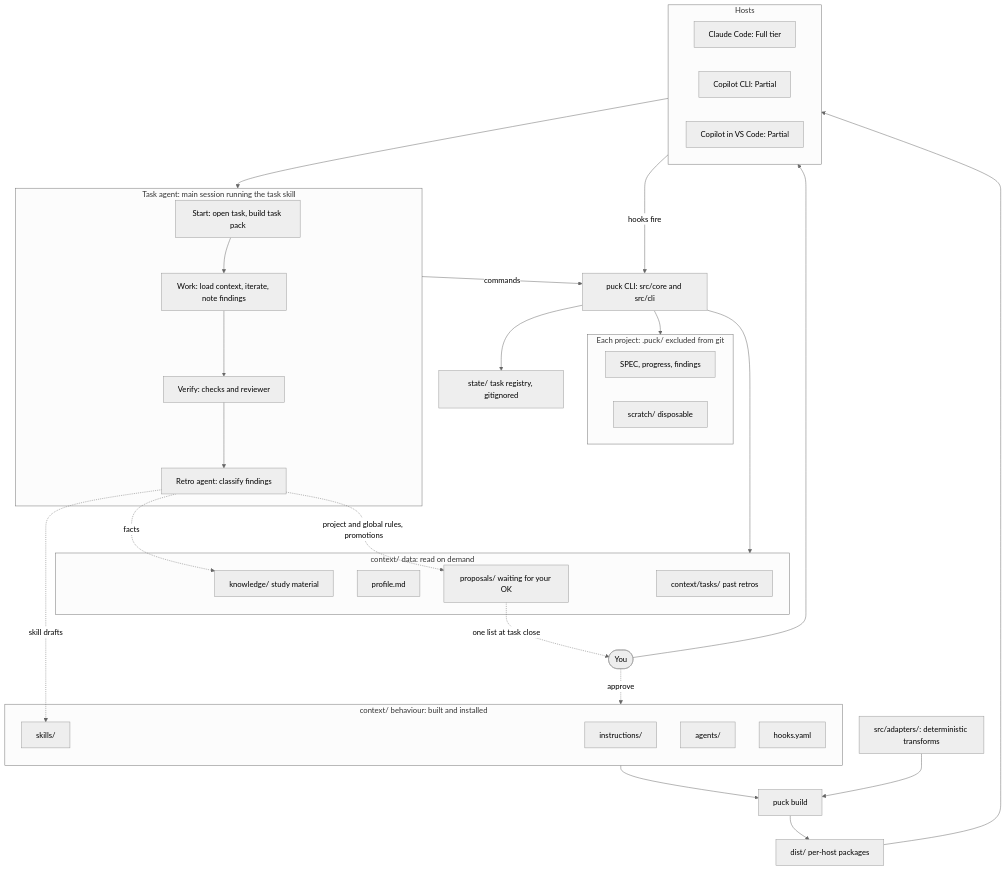
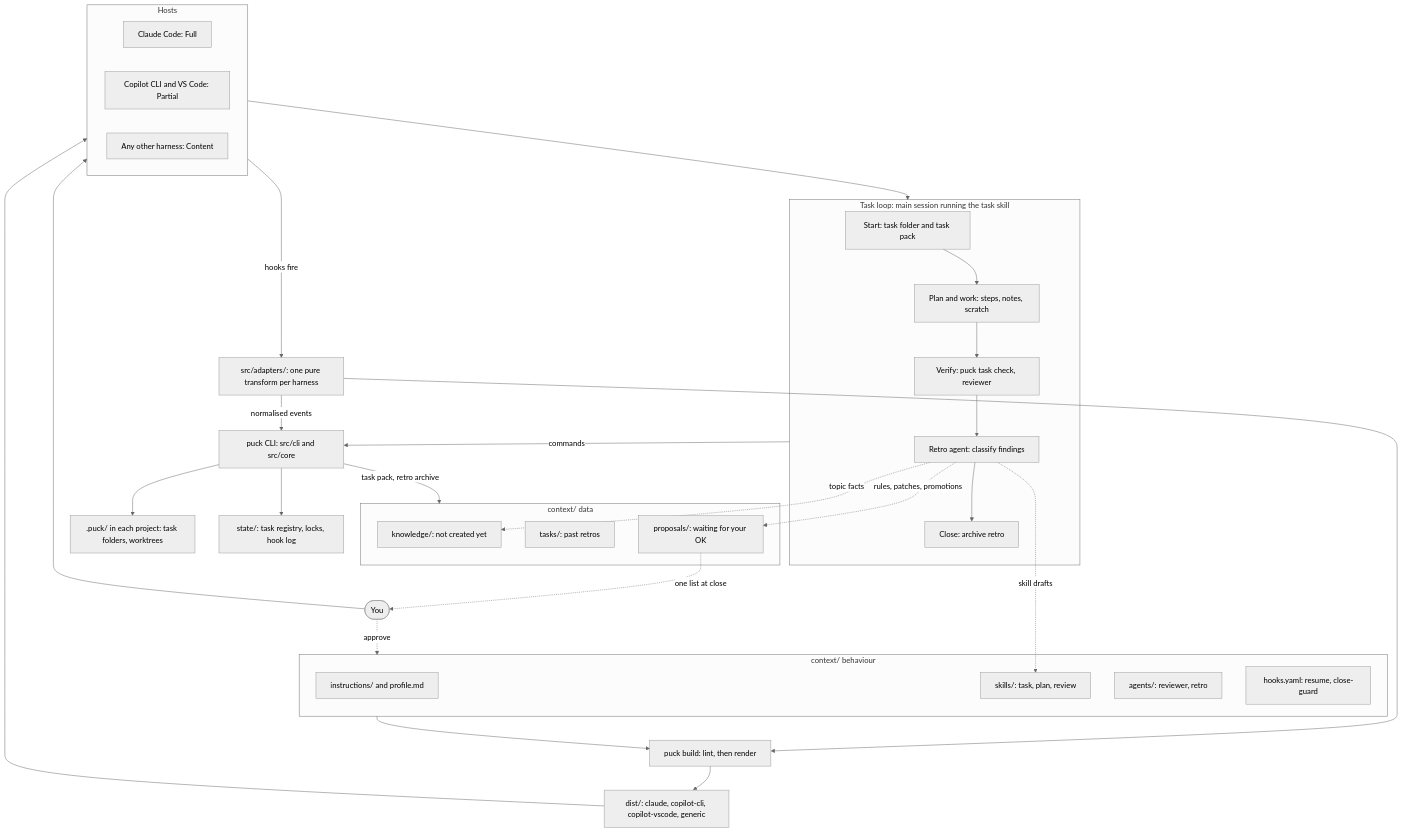
Before and after one commit to DouglasBergamim/puck: the diagram in docs/design.md, drawn with Mermaid (neutral theme). The commit also changed other lines of this file, not shown here.

````diff
--- a/docs/design.md
+++ b/docs/design.md
@@ -42,64 +77,60 @@
 ```mermaid
 flowchart TB
     you(["You"])
 
-    subgraph behaviour["context/ behaviour: built and installed"]
-        instructions["instructions/"]
-        skills["skills/"]
-        agents["agents/"]
-        hooks["hooks.yaml"]
+    subgraph behaviour["context/ behaviour"]
+        rules["instructions/ and profile.md"]
+        skills["skills/: task, plan, review"]
+        agents["agents/: reviewer, retro"]
+        hookrules["hooks.yaml: resume, close-guard"]
     end
 
-    adapters["src/adapters/: deterministic transforms"]
+    adapters["src/adapters/: one pure transform per harness"]
+    build["puck build: lint, then render"]
+    dist["dist/: claude, copilot-cli, copilot-vscode, generic"]
 
-    build["puck build"]
-    dist["dist/ per-host packages"]
-
-    subgraph hostlayer["Hosts"]
-        claude["Claude Code: Full tier"]
-        copilotcli["Copilot CLI: Partial"]
-        vscode["Copilot in VS Code: Partial"]
+    subgraph hosts["Hosts"]
+        claude["Claude Code: Full"]
+        copilot["Copilot CLI and VS Code: Partial"]
+        generic["Any other harness: Content"]
     end
 
-    subgraph runtime["Task agent: main session running the task skill"]
-        start["Start: open task, build task pack"]
-        work["Work: load context, iterate, note findings"]
-        verify["Verify: checks and reviewer"]
+    subgraph loop["Task loop: main session running the task skill"]
+        start["Start: task folder and task pack"]
+        work["Plan and work: steps, notes, scratch"]
+        verify["Verify: puck task check, reviewer"]
         retro["Retro agent: classify findings"]
-        start --> work --> verify --> retro
+        finish["Close: archive retro"]
+        start --> work --> verify --> retro --> finish
     end
 
-    cli["puck CLI: src/core and src/cli"]
+    cli["puck CLI: src/cli and src/core"]
 
-    subgraph project["Each project: .puck/ excluded from git"]
-        taskfiles["SPEC, progress, findings"]
-        scratch["scratch/ disposable"]
+    project[".puck/ in each project: task folders, worktrees"]
+    state["state/: task registry, locks, hook log"]
+
+    subgraph data["context/ data"]
+        knowledge["knowledge/: not created yet"]
+        archive["tasks/: past retros"]
+        proposals["proposals/: waiting for your OK"]
     end
-
-    subgraph data["context/ data: read on demand"]
-        knowledge["knowledge/ study material"]
-        profile["profile.md"]
-        proposals["proposals/ waiting for your OK"]
-        retros["context/tasks/ past retros"]
-    end
-
-    state["state/ task registry, gitignored"]
 
     behaviour --> build
     adapters --> build
     build --> dist
-    dist --> hostlayer
-    you --> hostlayer
-    hostlayer --> runtime
-    hostlayer -- "hooks fire" --> cli
-    runtime -- "commands" --> cli
+    dist --> hosts
+    you --> hosts
+    hosts --> loop
+    hosts -- "hooks fire" --> adapters
+    adapters -- "normalised events" --> cli
+    loop -- "commands" --> cli
     cli --> project
     cli --> state
-    cli --> data
+    cli -- "task pack, retro archive" --> data
 
     retro -. "skill drafts" .-> skills
-    retro -. "facts" .-> knowledge
-    retro -. "project and global rules, promotions" .-> proposals
-    proposals -. "one list at task close" .-> you
+    retro -. "topic facts" .-> knowledge
+    retro -. "rules, patches, promotions" .-> proposals
+    proposals -. "one list at close" .-> you
     you -. "approve" .-> behaviour
 ```
````
